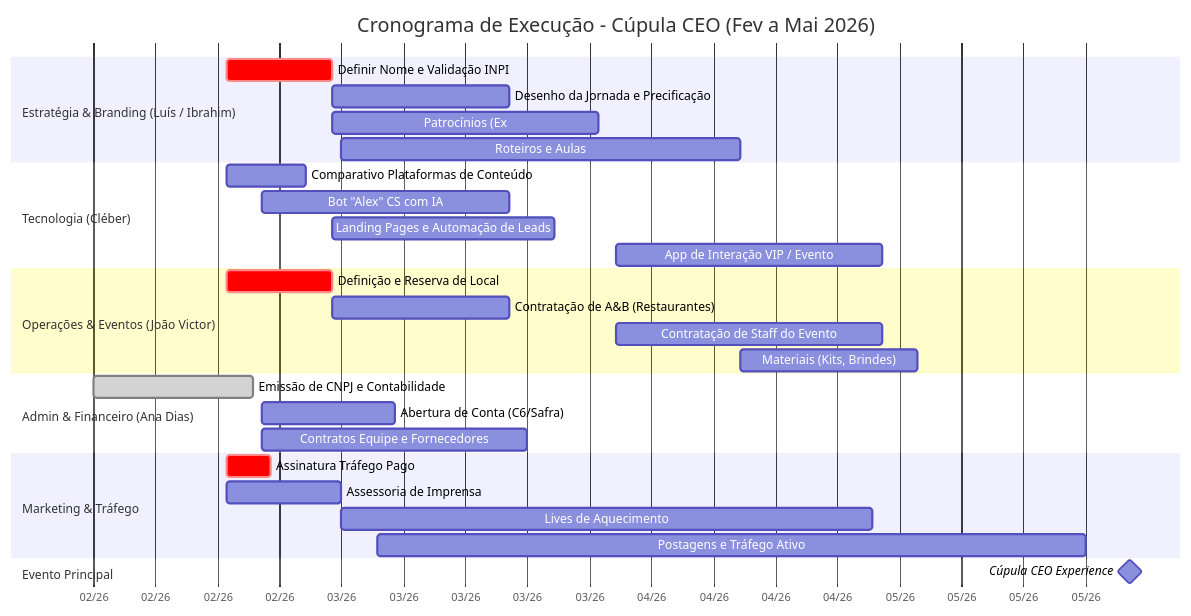
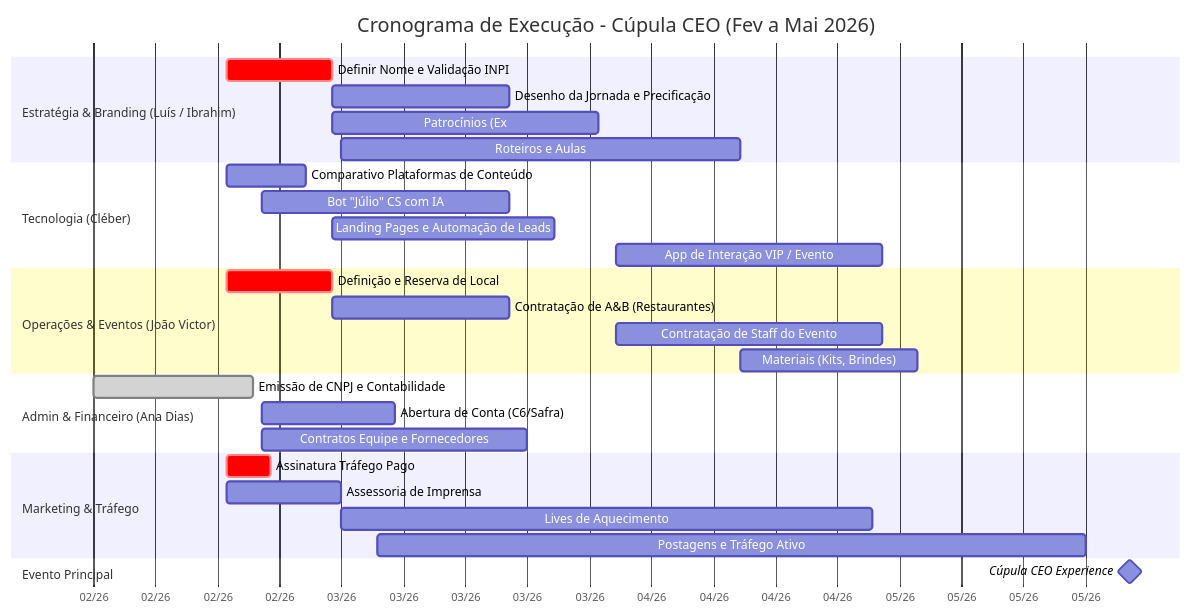
One commit to EcossistemaLive/TecnoIT changed the diagram in Projeto Vidi/Arquivos_Gestor_De_Projeto/docs/cupula_ceo_event_execution_plan.md. Above: the diagram before and after it, drawn with Mermaid. The commit also changed other lines of this file and 1282 other files, not shown here.

Commit message:
feat: Establish core project infrastructure, development assets, schemas, and install dependencies.

````diff
--- a/Projeto Vidi/Arquivos_Gestor_De_Projeto/docs/cupula_ceo_event_execution_plan.md
+++ b/Projeto Vidi/Arquivos_Gestor_De_Projeto/docs/cupula_ceo_event_execution_plan.md
@@ -7,38 +7,38 @@
 ```mermaid
 gantt
     title Cronograma de Execução - Cúpula CEO (Fev a Mai 2026)
     dateFormat  YYYY-MM-DD
     axisFormat  %m/%y
     
     section Estratégia & Branding (Luís / Ibrahim)
     Definir Nome e Validação INPI        :crit, strat1, 2026-02-16, 2026-02-28
     Desenho da Jornada e Precificação    :strat2, after strat1, 20d
     Patrocínios (Ex: Ótica San Pietro)   :strat3, after strat1, 30d
     Roteiros e Aulas                     :strat4, 2026-03-01, 45d
 
     section Tecnologia (Cléber)
     Comparativo Plataformas de Conteúdo  :tech1, 2026-02-16, 2026-02-25
-    Bot "Alex" CS com IA                 :tech2, 2026-02-20, 2026-03-20
+    Bot "Júlio" CS com IA                 :tech2, 2026-02-20, 2026-03-20
     Landing Pages e Automação de Leads   :tech3, after strat1, 25d
     App de Interação VIP / Evento        :tech4, 2026-04-01, 30d
 
     section Operações & Eventos (João Victor)
     Definição e Reserva de Local         :crit, ops1, 2026-02-16, 2026-02-28
     Contratação de A&B (Restaurantes)    :ops2, after ops1, 20d
     Contratação de Staff do Evento       :ops3, 2026-04-01, 30d
     Materiais (Kits, Brindes)            :ops4, 2026-04-15, 20d
 
     section Admin & Financeiro (Ana Dias)
     Emissão de CNPJ e Contabilidade      :done, adm1, 2026-02-01, 2026-02-19
     Abertura de Conta (C6/Safra)         :adm2, 2026-02-20, 15d
     Contratos Equipe e Fornecedores      :adm3, 2026-02-20, 30d
 
     section Marketing & Tráfego
     Assinatura Tráfego Pago              :crit, mkt1, 2026-02-16, 2026-02-21
     Assessoria de Imprensa               :mkt2, 2026-02-16, 2026-03-01
     Lives de Aquecimento                 :mkt3, 2026-03-01, 60d
     Postagens e Tráfego Ativo            :mkt4, 2026-03-05, 80d
 
     section Evento Principal
     Cúpula CEO Experience              :milestone, event1, 2026-05-28, 2d
 ```
````
